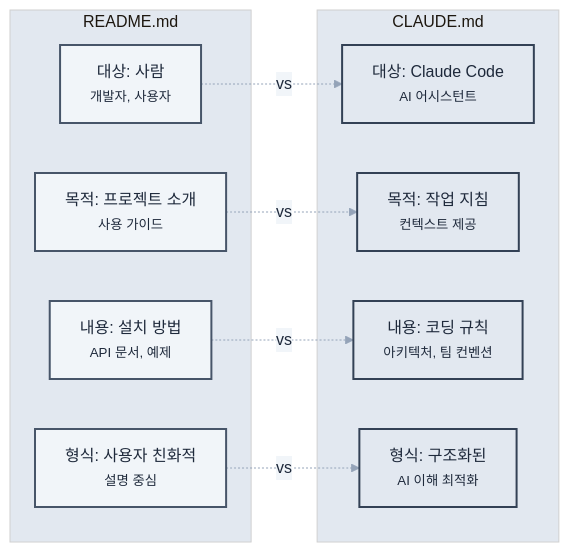
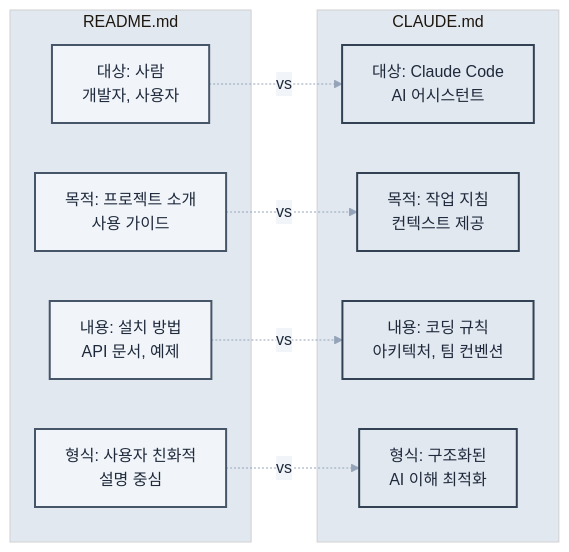
The third of 4 diagrams in book/04-chapter4.md (revfactory/claude-code-mastering), drawn with Mermaid before and after one commit. The commit also changed other lines of this file and 10 other files, not shown here.

First line of the commit message:
fix: 챕터 2-13 Mermaid 다이어그램 텍스트 렌더링 최적화

````diff
--- a/book/04-chapter4.md
+++ b/book/04-chapter4.md
@@ -121,28 +121,28 @@
 ```mermaid
 %%{init: {"theme": "base", "themeVariables": {"primaryColor": "#f8fafc", "primaryTextColor": "#1e293b", "primaryBorderColor": "#e2e8f0", "lineColor": "#94a3b8", "secondaryColor": "#f1f5f9", "tertiaryColor": "#e2e8f0"}}}%%
 graph LR
     subgraph readme ["README.md"]
-        A1["대상: 사람<br/><small>개발자, 사용자</small>"]
-        A2["목적: 프로젝트 소개<br/><small>사용 가이드</small>"]
-        A3["내용: 설치 방법<br/><small>API 문서, 예제</small>"]
-        A4["형식: 사용자 친화적<br/><small>설명 중심</small>"]
+        A1["대상: 사람<br/>개발자, 사용자"]
+        A2["목적: 프로젝트 소개<br/>사용 가이드"]
+        A3["내용: 설치 방법<br/>API 문서, 예제"]
+        A4["형식: 사용자 친화적<br/>설명 중심"]
     end
     
     subgraph claude ["CLAUDE.md"]
-        B1["대상: Claude Code<br/><small>AI 어시스턴트</small>"]
-        B2["목적: 작업 지침<br/><small>컨텍스트 제공</small>"]
-        B3["내용: 코딩 규칙<br/><small>아키텍처, 팀 컨벤션</small>"]
-        B4["형식: 구조화된<br/><small>AI 이해 최적화</small>"]
+        B1["대상: Claude Code<br/>AI 어시스턴트"]
+        B2["목적: 작업 지침<br/>컨텍스트 제공"]
+        B3["내용: 코딩 규칙<br/>아키텍처, 팀 컨벤션"]
+        B4["형식: 구조화된<br/>AI 이해 최적화"]
     end
     
     A1 -.->|vs| B1
     A2 -.->|vs| B2
     A3 -.->|vs| B3
     A4 -.->|vs| B4
     
     classDef readmeStyle fill:#f1f5f9,stroke:#475569,stroke-width:2px,color:#1e293b
     classDef claudeStyle fill:#e2e8f0,stroke:#334155,stroke-width:2px,color:#1e293b
     
     class A1,A2,A3,A4 readmeStyle
     class B1,B2,B3,B4 claudeStyle
 ```
````
